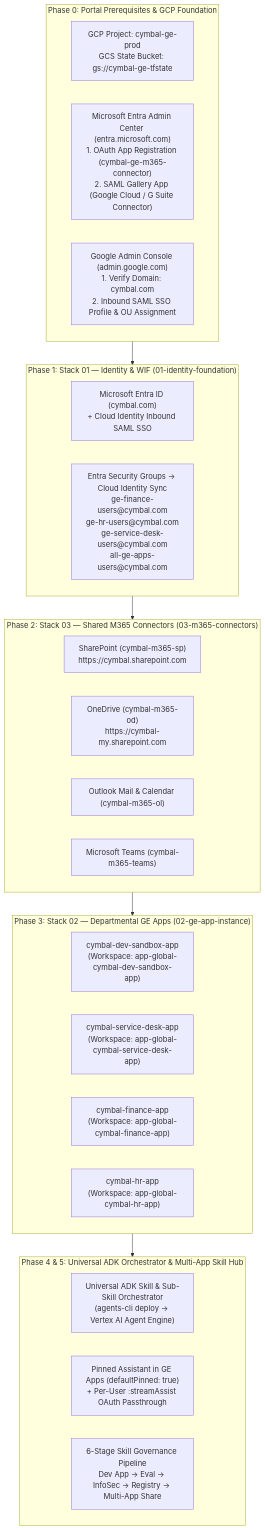
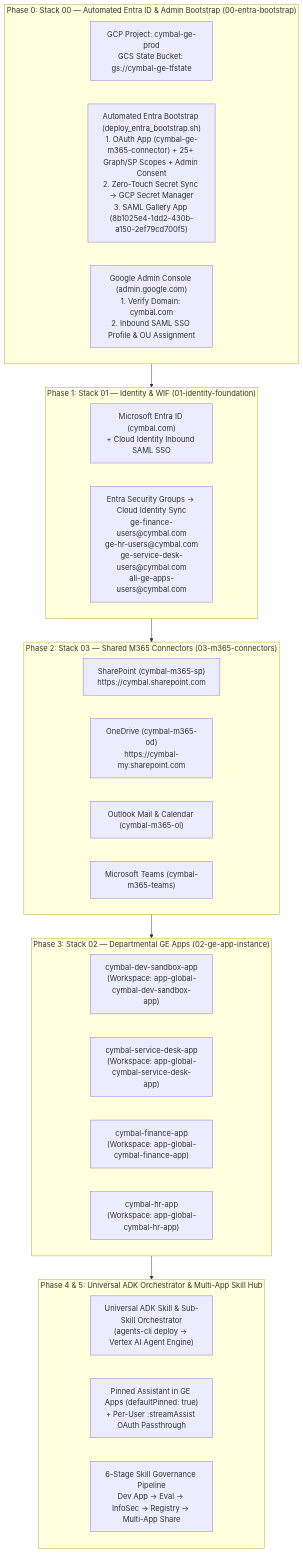
One commit to mohanrajs-ai/ge-apphub changed the first of 2 diagrams in docs/CYMBAL_ONBOARDING_GUIDE.md. Above: the diagram before and after it, drawn with Mermaid. The commit also changed other lines of this file and 3 other files, not shown here.

Commit message:
feat(infra): automate Step 0A Microsoft Entra ID OAuth & SAML bootstrap (Stack 00)

````diff
--- a/docs/CYMBAL_ONBOARDING_GUIDE.md
+++ b/docs/CYMBAL_ONBOARDING_GUIDE.md
@@ -9,35 +9,35 @@
 ```mermaid
 flowchart TD
-    subgraph P0["Phase 0: Portal Prerequisites & GCP Foundation"]
+    subgraph P0["Phase 0: Stack 00 — Automated Entra ID & Admin Bootstrap (00-entra-bootstrap)"]
         B0["GCP Project: cymbal-ge-prod<br/>GCS State Bucket: gs://cymbal-ge-tfstate"]
-        E0["Microsoft Entra Admin Center (entra.microsoft.com)<br/>1. OAuth App Registration (cymbal-ge-m365-connector)<br/>2. SAML Gallery App (Google Cloud / G Suite Connector)"]
+        E0["Automated Entra Bootstrap (deploy_entra_bootstrap.sh)<br/>1. OAuth App (cymbal-ge-m365-connector) + 25+ Graph/SP Scopes + Admin Consent<br/>2. Zero-Touch Secret Sync -> GCP Secret Manager<br/>3. SAML Gallery App (8b1025e4-1dd2-430b-a150-2ef79cd700f5)"]
         G0["Google Admin Console (admin.google.com)<br/>1. Verify Domain: cymbal.com<br/>2. Inbound SAML SSO Profile & OU Assignment"]
     end
 
     subgraph P1["Phase 1: Stack 01 — Identity & WIF (01-identity-foundation)"]
         ID1["Microsoft Entra ID (cymbal.com)<br/>+ Cloud Identity Inbound SAML SSO"]
         ID2["Entra Security Groups -> Cloud Identity Sync<br/>ge-finance-users@cymbal.com<br/>ge-hr-users@cymbal.com<br/>ge-service-desk-users@cymbal.com<br/>all-ge-apps-users@cymbal.com"]
     end
 
     subgraph P2["Phase 2: Stack 03 — Shared M365 Connectors (03-m365-connectors)"]
         M1["SharePoint (cymbal-m365-sp)<br/>https://cymbal.sharepoint.com"]
         M2["OneDrive (cymbal-m365-od)<br/>https://cymbal-my.sharepoint.com"]
         M3["Outlook Mail & Calendar (cymbal-m365-ol)"]
         M4["Microsoft Teams (cymbal-m365-teams)"]
     end
 
     subgraph P3["Phase 3: Stack 02 — Departmental GE Apps (02-ge-app-instance)"]
         A1["cymbal-dev-sandbox-app<br/>(Workspace: app-global-cymbal-dev-sandbox-app)"]
         A2["cymbal-service-desk-app<br/>(Workspace: app-global-cymbal-service-desk-app)"]
         A3["cymbal-finance-app<br/>(Workspace: app-global-cymbal-finance-app)"]
         A4["cymbal-hr-app<br/>(Workspace: app-global-cymbal-hr-app)"]
     end
 
     subgraph P4["Phase 4 & 5: Universal ADK Orchestrator & Multi-App Skill Hub"]
         O1["Universal ADK Skill & Sub-Skill Orchestrator<br/>(agents-cli deploy -> Vertex AI Agent Engine)"]
         O2["Pinned Assistant in GE Apps (defaultPinned: true)<br/>+ Per-User :streamAssist OAuth Passthrough"]
         O3["6-Stage Skill Governance Pipeline<br/>Dev App -> Eval -> InfoSec -> Registry -> Multi-App Share"]
     end
 
     P0 --> P1 --> P2 --> P3 --> P4
 ```
````
